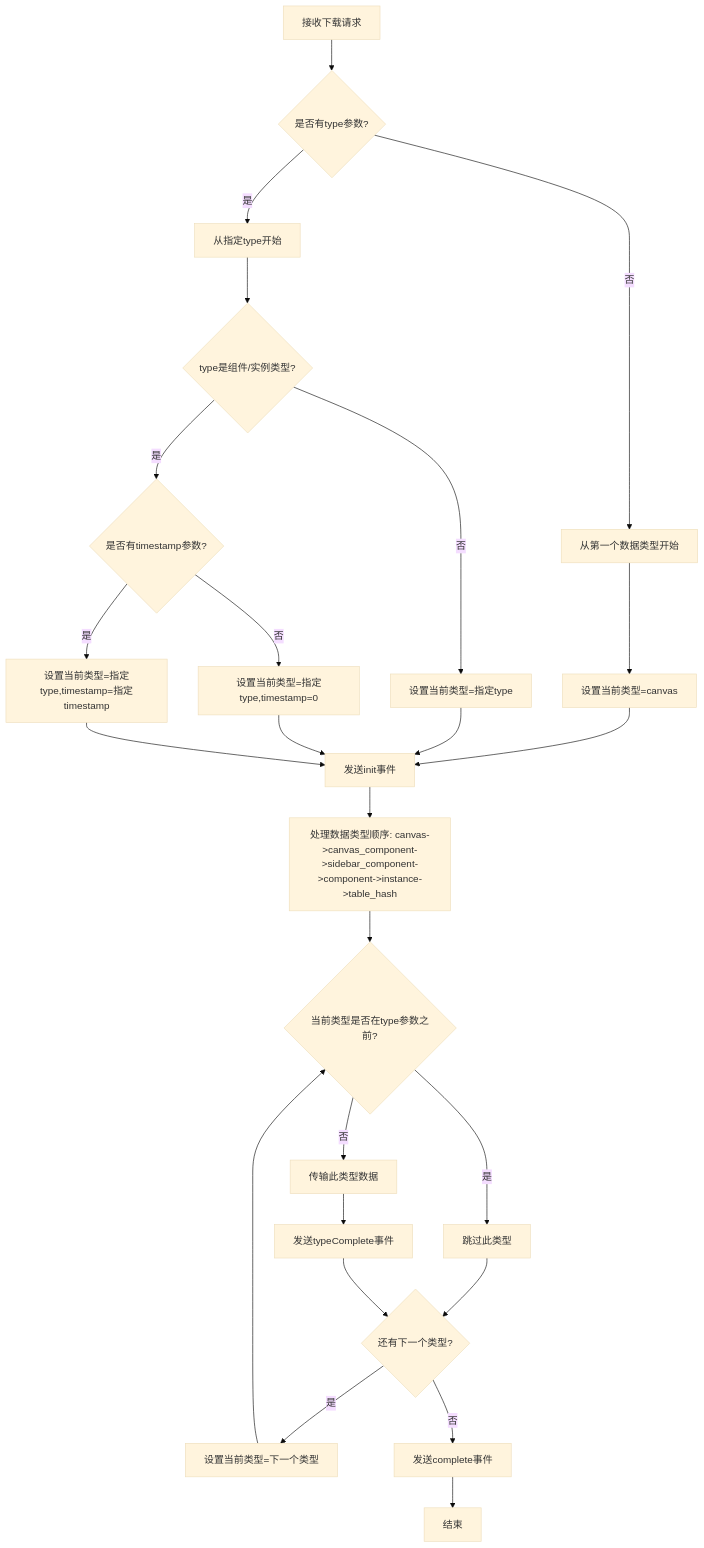
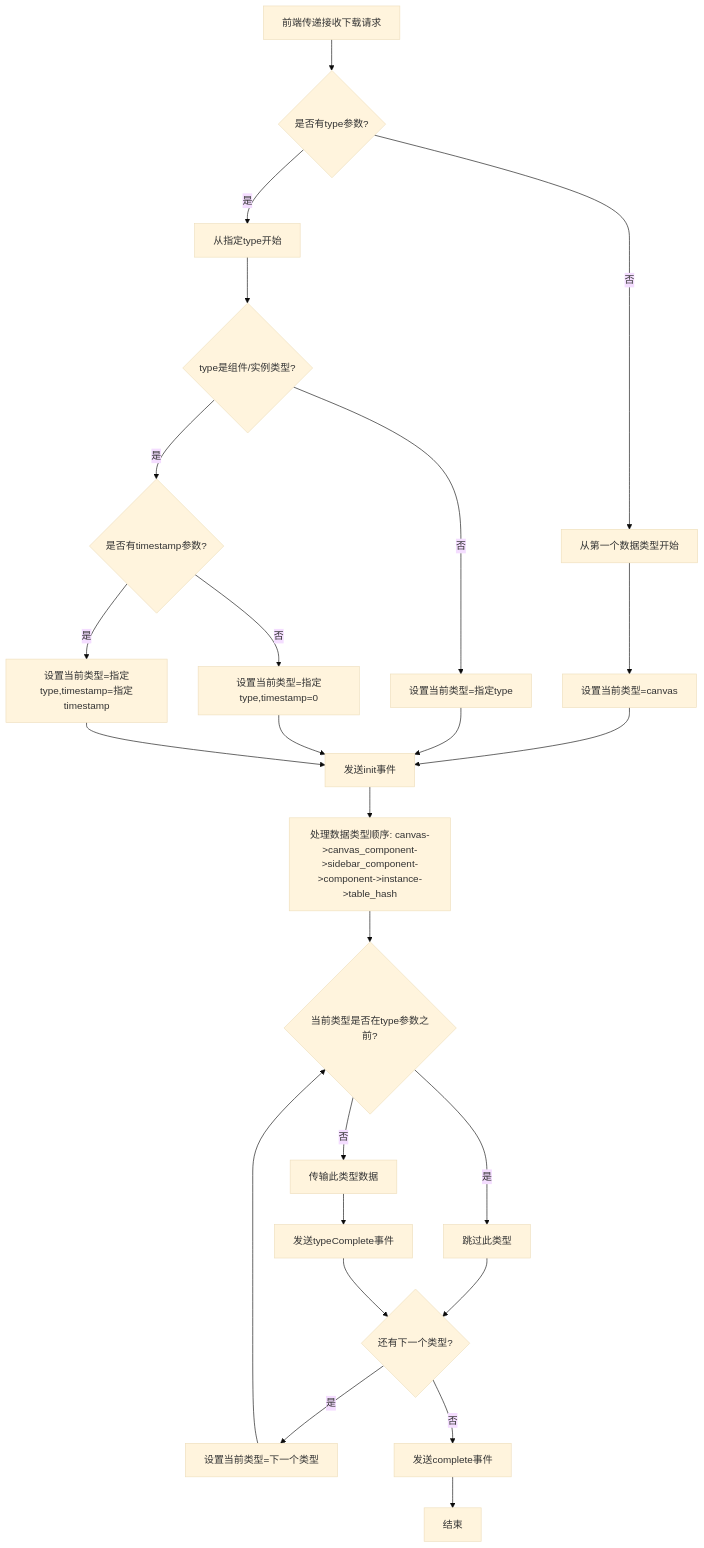
Before and after one commit to yingjianzh/iodraw-files: the diagram in all/未命名-59.md, drawn with Mermaid (base theme).

Commit message:
2025-05-14 15:29:25 update

````diff
--- a/all/未命名-59.md
+++ b/all/未命名-59.md
@@ -1,37 +1,37 @@
 ```mermaid
 flowchart TD
-    A[接收下载请求] --> B{是否有type参数?}
+    A[前端传递接收下载请求] --> B{是否有type参数?}
     
     B -->|否| C[从第一个数据类型开始]
     B -->|是| D[从指定type开始]
     
     C --> E[设置当前类型=canvas]
     D --> F{type是组件/实例类型?}
     
     F -->|否| G[设置当前类型=指定type]
     F -->|是| H{是否有timestamp参数?}
     
     H -->|否| I[设置当前类型=指定type,timestamp=0]
     H -->|是| J[设置当前类型=指定type,timestamp=指定timestamp]
     
     E --> K[发送init事件]
     G --> K
     I --> K
     J --> K
     
     K --> L[处理数据类型顺序: canvas->canvas_component->sidebar_component->component->instance->table_hash]
     
     L --> M{当前类型是否在type参数之前?}
     M -->|是| N[跳过此类型]
     M -->|否| O[传输此类型数据]
     
     N --> P{还有下一个类型?}
     O --> Q[发送typeComplete事件]
     Q --> P
     
     P -->|是| R[设置当前类型=下一个类型]
     P -->|否| S[发送complete事件]
     
     R --> M
     S --> T[结束]
 ```
````
